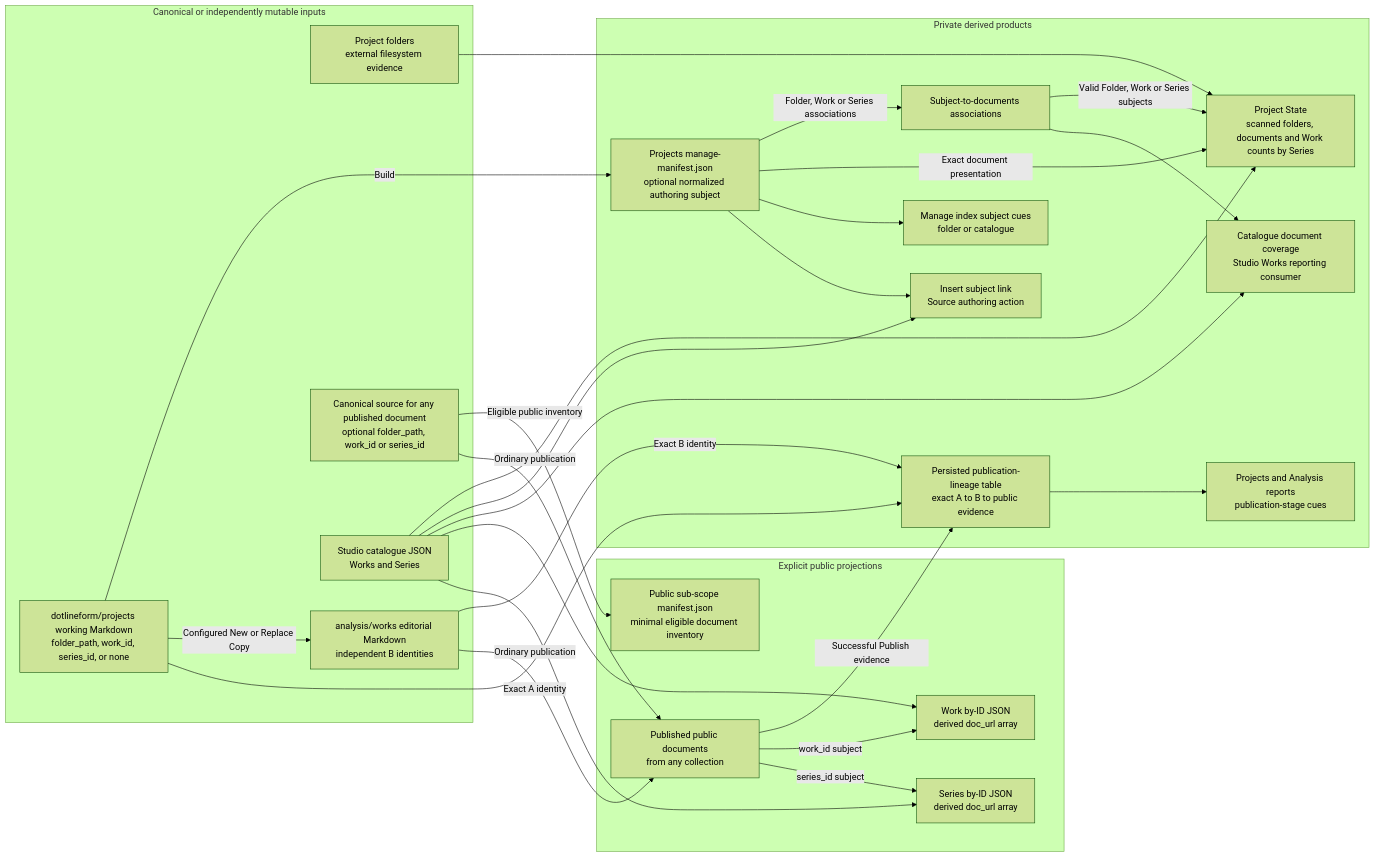
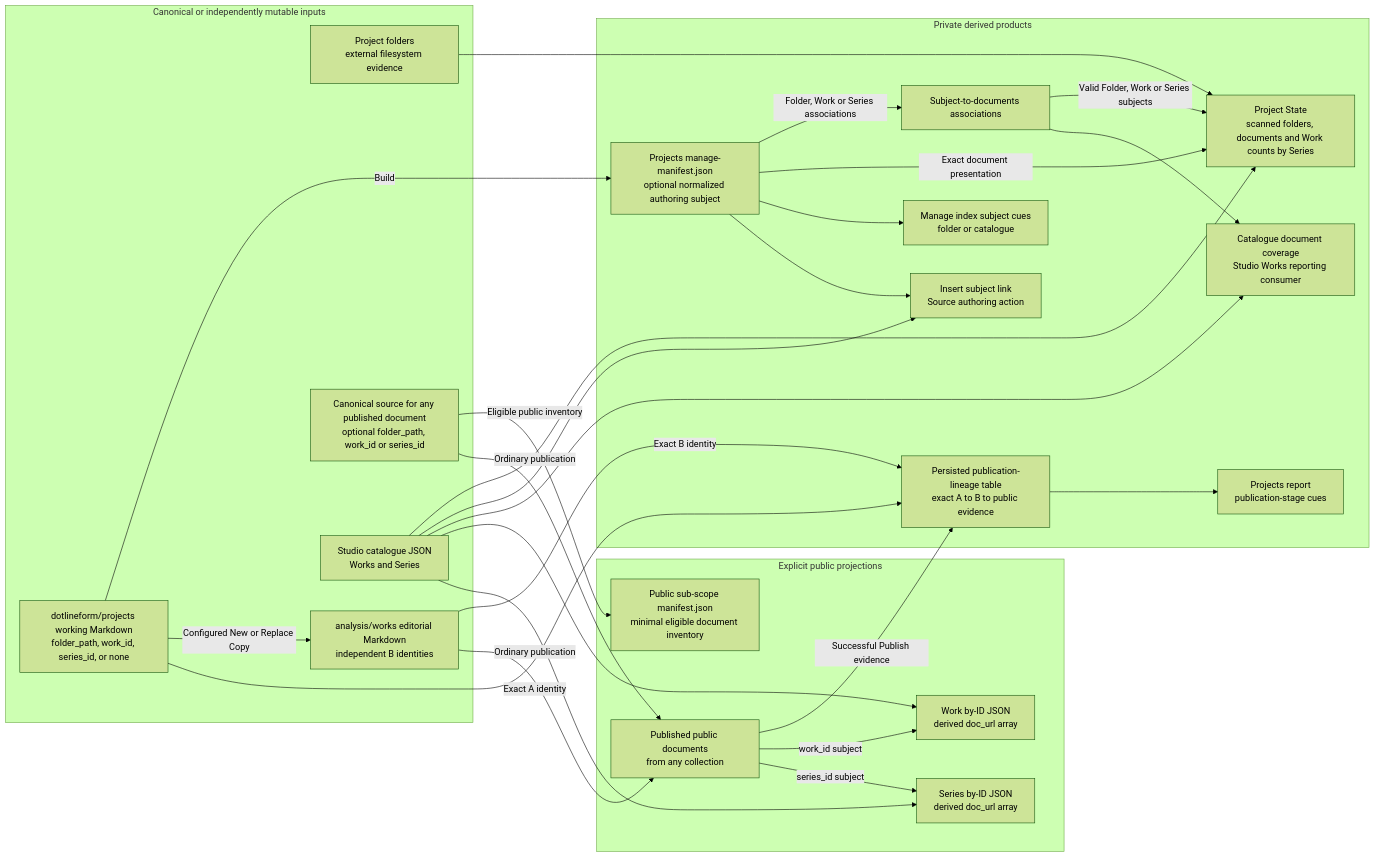
The first of 3 diagrams in docs-viewer/scopes/studio/source/documents/d-20260802-194358-7717ee.md (dotlineform/dotlineform-site), drawn with Mermaid (forest theme) before and after one commit. The commit also changed other lines of this file and 31 other files, not shown here.

````diff
--- a/docs-viewer/scopes/studio/source/documents/d-20260802-194358-7717ee.md
+++ b/docs-viewer/scopes/studio/source/documents/d-20260802-194358-7717ee.md
@@ -21,55 +21,55 @@
 ```mermaid
 flowchart LR
     accTitle: Sub-Scope Publishing ownership and projection map
     accDescr: Canonical document source, canonical Studio JSON, and external folder evidence feed private manifests and focused products; documents published through ordinary configured workflows enter explicit public projections.
 
     subgraph inputs["Canonical or independently mutable inputs"]
         folders["Project folders<br/>external filesystem evidence"]
         projectDocs["dotlineform/projects working Markdown<br/>folder_path, work_id, series_id, or none"]
         editorialDocs["analysis/works editorial Markdown<br/>independent B identities"]
         publicSourceDocs["Canonical source for any published document<br/>optional folder_path, work_id or series_id"]
         catalogue["Studio catalogue JSON<br/>Works and Series"]
     end
 
     subgraph private["Private derived products"]
         projectManifest["Projects manage-manifest.json<br/>optional normalized authoring subject"]
         associations["Subject-to-documents associations"]
         projectState["Project State<br/>scanned folders, documents and Work counts by Series"]
         manageCues["Manage index subject cues<br/>folder or catalogue"]
         coverageReport["Catalogue document coverage<br/>Studio Works reporting consumer"]
         subjectLink["Insert subject link<br/>Source authoring action"]
         publicationLineage["Persisted publication-lineage table<br/>exact A to B to public evidence"]
-        publicationCues["Projects and Analysis reports<br/>publication-stage cues"]
+        publicationCues["Projects report<br/>publication-stage cues"]
     end
 
     subgraph public["Explicit public projections"]
         publicManifest["Public sub-scope manifest.json<br/>minimal eligible document inventory"]
         publishedDocs["Published public documents<br/>from any collection"]
         workPayload["Work by-ID JSON<br/>derived doc_url array"]
         seriesPayload["Series by-ID JSON<br/>derived doc_url array"]
     end
 
     projectDocs -->|"Build"| projectManifest
     projectManifest -->|"Folder, Work or Series associations"| associations
     folders --> projectState
     catalogue --> projectState
     projectManifest -->|"Exact document presentation"| projectState
     associations -->|"Valid Folder, Work or Series subjects"| projectState
     projectManifest --> manageCues
     projectManifest --> subjectLink
     catalogue --> subjectLink
     associations --> coverageReport
     catalogue --> coverageReport
     projectDocs -->|"Configured New or Replace Copy"| editorialDocs
     projectDocs -->|"Exact A identity"| publicationLineage
     editorialDocs -->|"Exact B identity"| publicationLineage
     publicationLineage --> publicationCues
     publicSourceDocs -->|"Eligible public inventory"| publicManifest
     publicSourceDocs -->|"Ordinary publication"| publishedDocs
     editorialDocs -->|"Ordinary publication"| publishedDocs
     publishedDocs -->|"Successful Publish evidence"| publicationLineage
     publishedDocs -->|"work_id subject"| workPayload
     publishedDocs -->|"series_id subject"| seriesPayload
     catalogue --> workPayload
     catalogue --> seriesPayload
 ```
````
